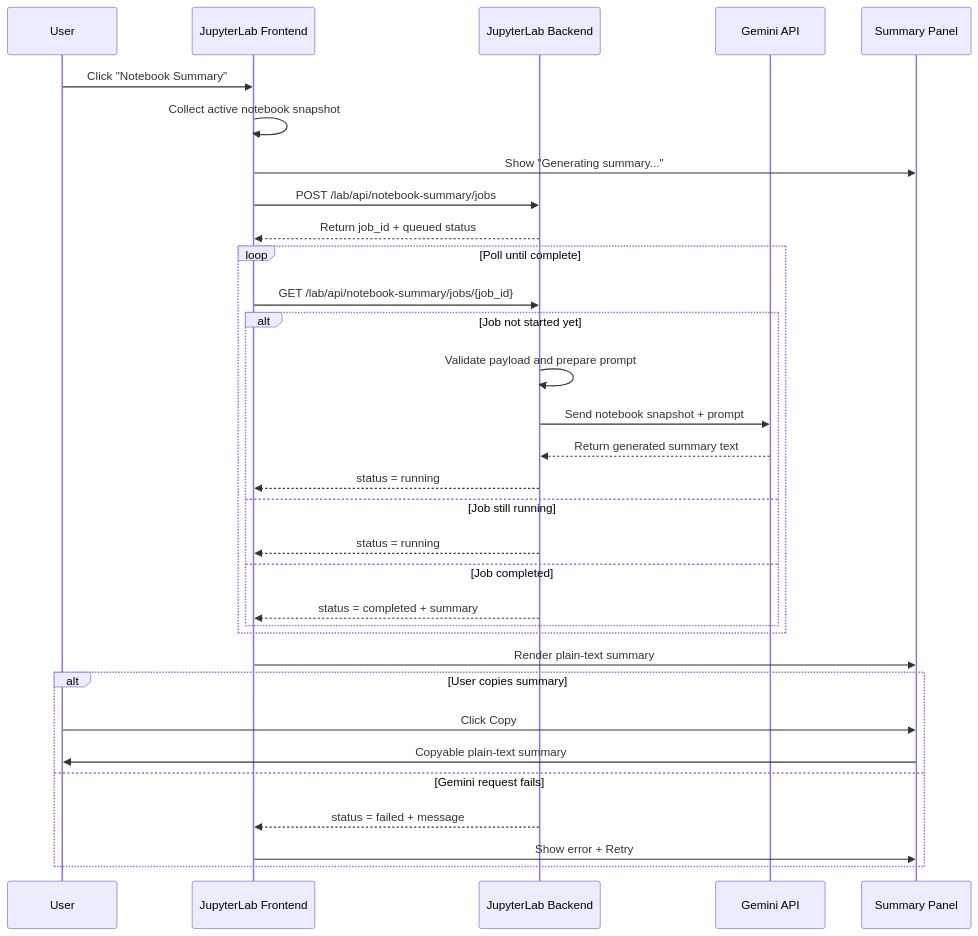
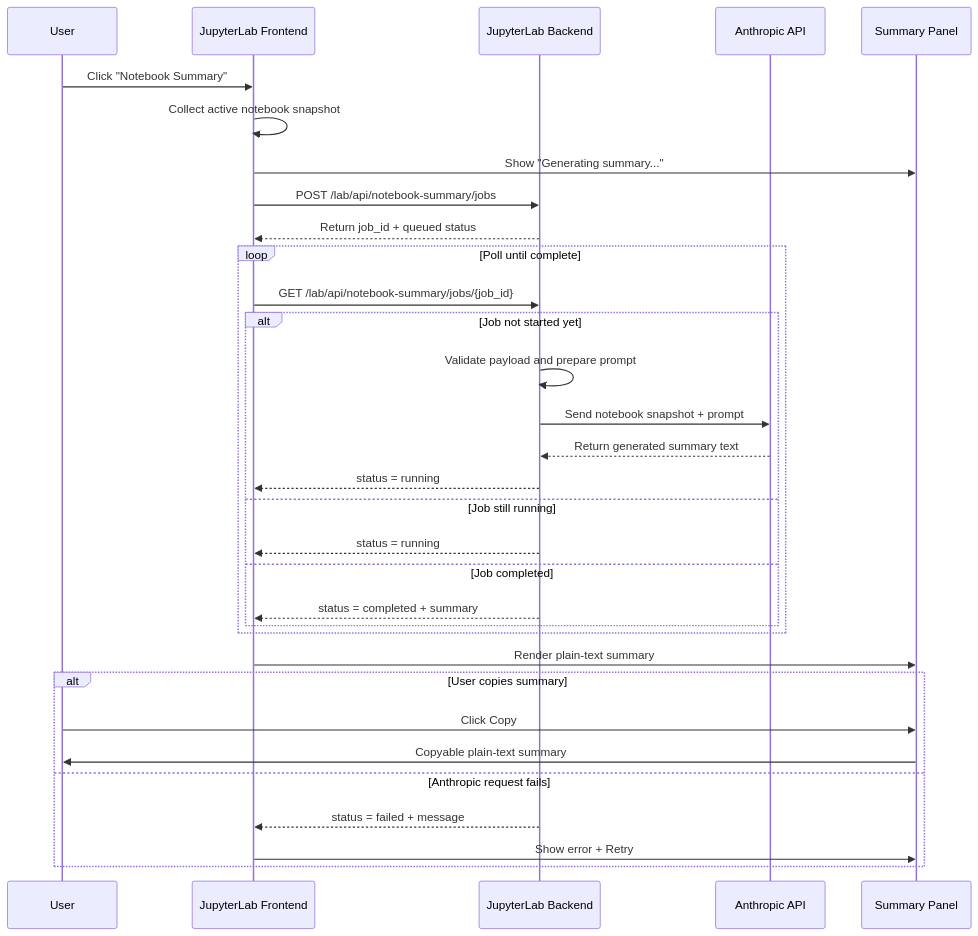
The diagram in charityfiles/notebook-summary-spec.md (131219/jupyterlab), drawn with Mermaid before and after one commit. The commit also changed other lines of this file, not shown here.

Commit message:
Update spec to reflect Anthropic use instead of Gemini

````diff
--- a/charityfiles/notebook-summary-spec.md
+++ b/charityfiles/notebook-summary-spec.md
@@ -86,38 +86,38 @@
 ```mermaid
 sequenceDiagram
     participant U as User
     participant JL as JupyterLab Frontend
     participant JS as JupyterLab Backend
-    participant G as Gemini API
+    participant A as Anthropic API
     participant P as Summary Panel
 
     U->>JL: Click "Notebook Summary"
     JL->>JL: Collect active notebook snapshot
     JL->>P: Show "Generating summary..."
     JL->>JS: POST /lab/api/notebook-summary/jobs
     JS-->>JL: Return job_id + queued status
 
     loop Poll until complete
         JL->>JS: GET /lab/api/notebook-summary/jobs/{job_id}
         alt Job not started yet
             JS->>JS: Validate payload and prepare prompt
-            JS->>G: Send notebook snapshot + prompt
-            G-->>JS: Return generated summary text
+            JS->>A: Send notebook snapshot + prompt
+            A-->>JS: Return generated summary text
             JS-->>JL: status = running
         else Job still running
             JS-->>JL: status = running
         else Job completed
             JS-->>JL: status = completed + summary
         end
     end
 
     JL->>P: Render plain-text summary
 
     alt User copies summary
         U->>P: Click Copy
         P->>U: Copyable plain-text summary
-    else Gemini request fails
+    else Anthropic request fails
         JS-->>JL: status = failed + message
         JL->>P: Show error + Retry
     end
 ```
````
